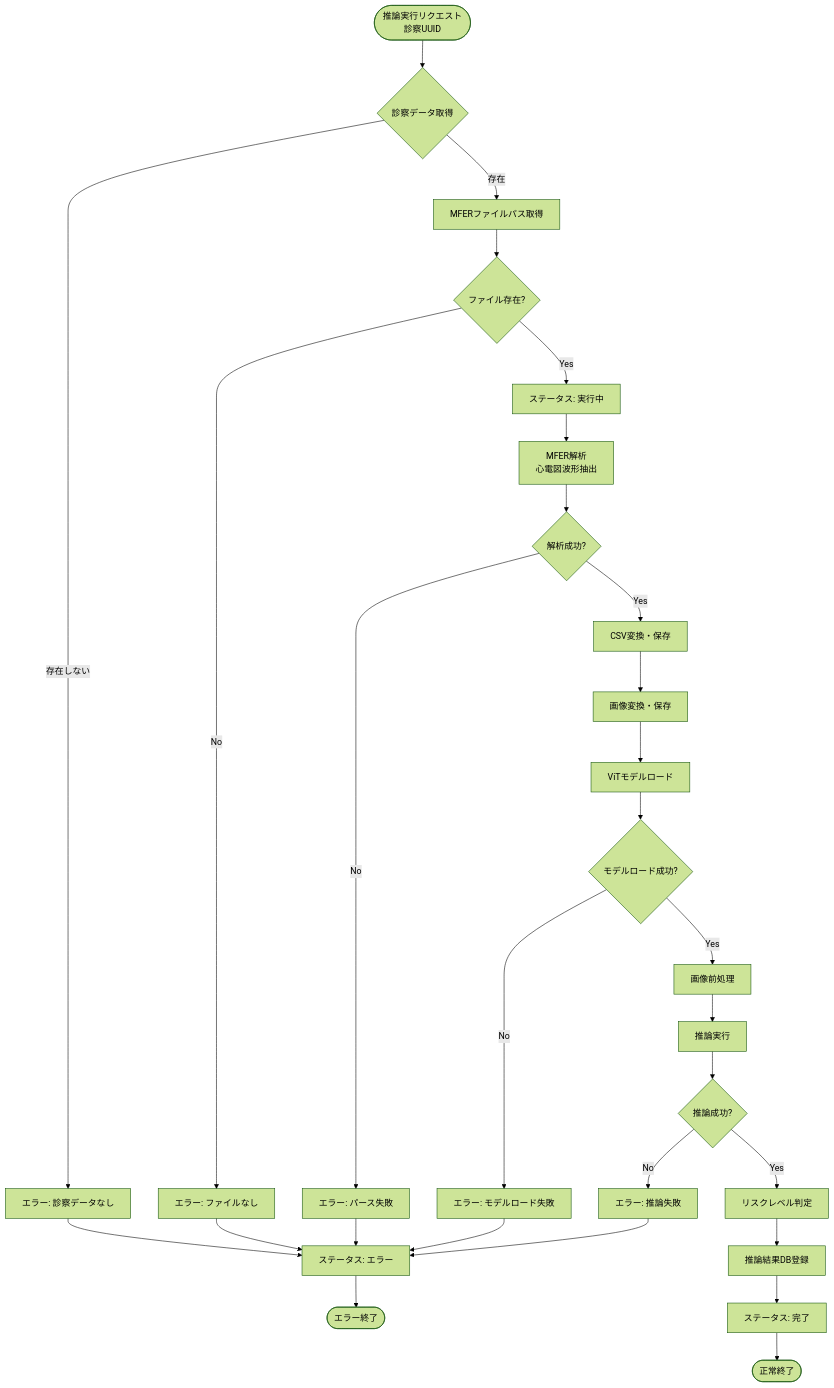
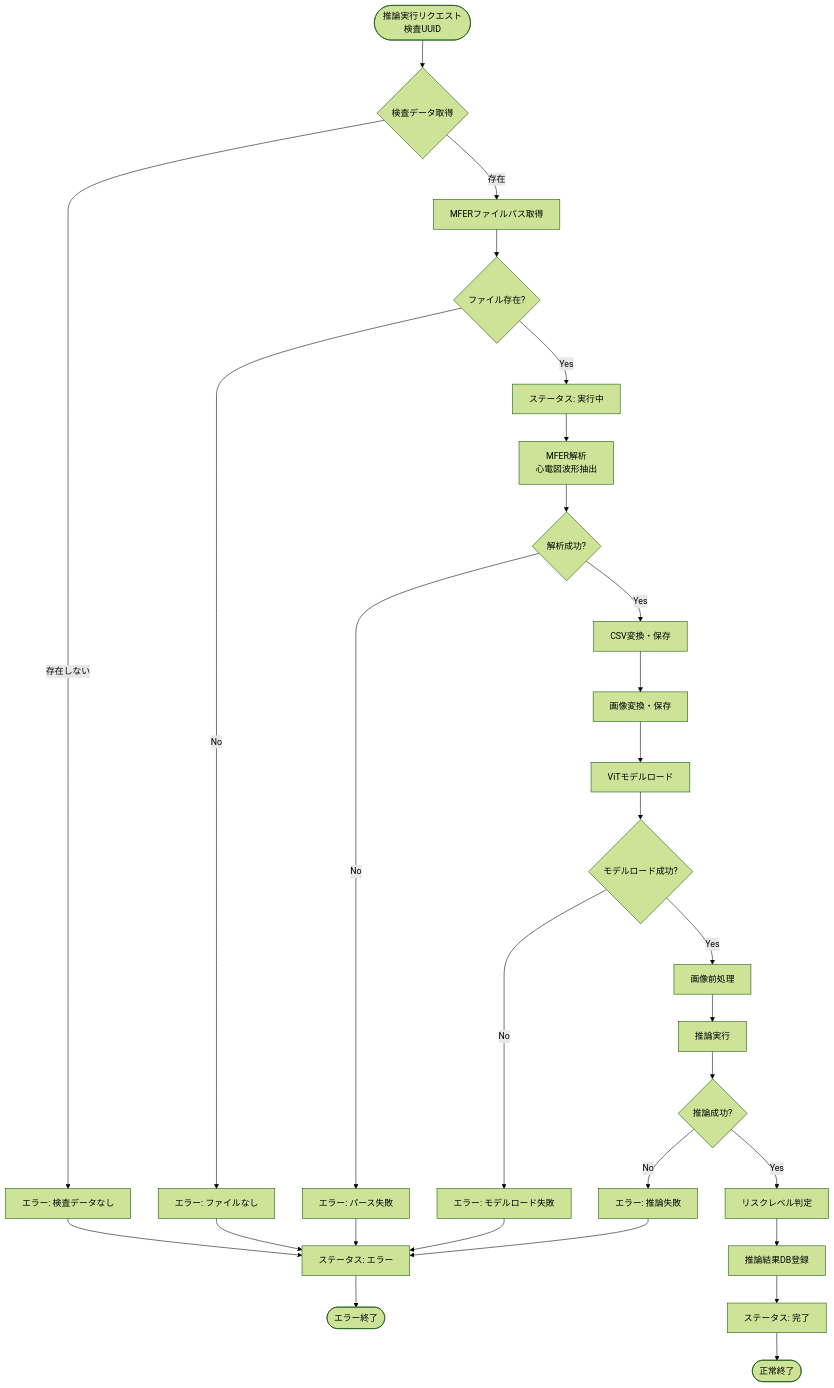
One commit to Universal-Micro-Networks/ecg-mi-inference changed the second of 2 diagrams in .kiro/specs/ecg-mi-inferencer/requirements.md. Above: the diagram before and after it, drawn with Mermaid (forest theme). The commit also changed other lines of this file and 28 other files, not shown here.

````diff
--- a/.kiro/specs/ecg-mi-inferencer/requirements.md
+++ b/.kiro/specs/ecg-mi-inferencer/requirements.md
@@ -268,39 +268,39 @@
 ```mermaid
 flowchart TD
-    Start([推論実行リクエスト<br/>診察UUID]) --> GetExam{診察データ取得}
-    GetExam -->|存在しない| ErrorExam[エラー: 診察データなし]
+    Start([推論実行リクエスト<br/>検査UUID]) --> GetExam{検査データ取得}
+    GetExam -->|存在しない| ErrorExam[エラー: 検査データなし]
     GetExam -->|存在| GetPath[MFERファイルパス取得]
 
     GetPath --> CheckFile{ファイル存在?}
     CheckFile -->|No| ErrorFile[エラー: ファイルなし]
     CheckFile -->|Yes| UpdateStatus1[ステータス: 実行中]
 
     UpdateStatus1 --> ParseMFER[MFER解析<br/>心電図波形抽出]
     ParseMFER --> ParseOK{解析成功?}
     ParseOK -->|No| ErrorParse[エラー: パース失敗]
     ParseOK -->|Yes| ConvertCSV[CSV変換・保存]
 
     ConvertCSV --> ConvertImage[画像変換・保存]
     ConvertImage --> LoadModel[ViTモデルロード]
 
     LoadModel --> ModelOK{モデルロード成功?}
     ModelOK -->|No| ErrorModel[エラー: モデルロード失敗]
     ModelOK -->|Yes| Preprocess[画像前処理]
 
     Preprocess --> Infer[推論実行]
     Infer --> InferOK{推論成功?}
     InferOK -->|No| ErrorInfer[エラー: 推論失敗]
     InferOK -->|Yes| CalcRisk[リスクレベル判定]
 
     CalcRisk --> SaveResult[推論結果DB登録]
     SaveResult --> UpdateStatus2[ステータス: 完了]
 
     ErrorExam --> UpdateStatusErr[ステータス: エラー]
     ErrorFile --> UpdateStatusErr
     ErrorParse --> UpdateStatusErr
     ErrorModel --> UpdateStatusErr
     ErrorInfer --> UpdateStatusErr
 
     UpdateStatus2 --> Success([正常終了])
     UpdateStatusErr --> Failure([エラー終了])
 ```
````
